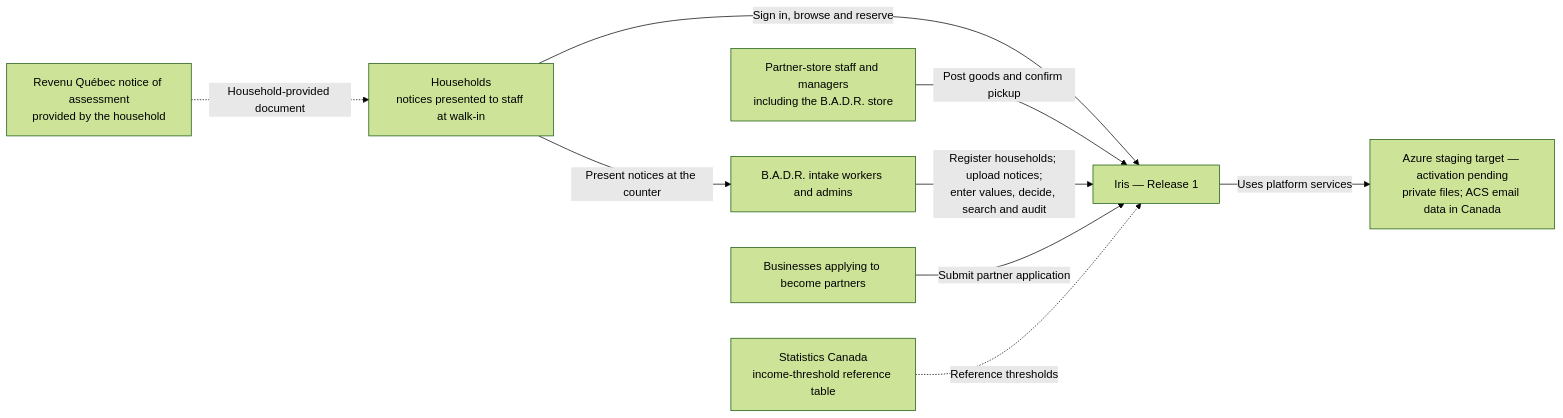
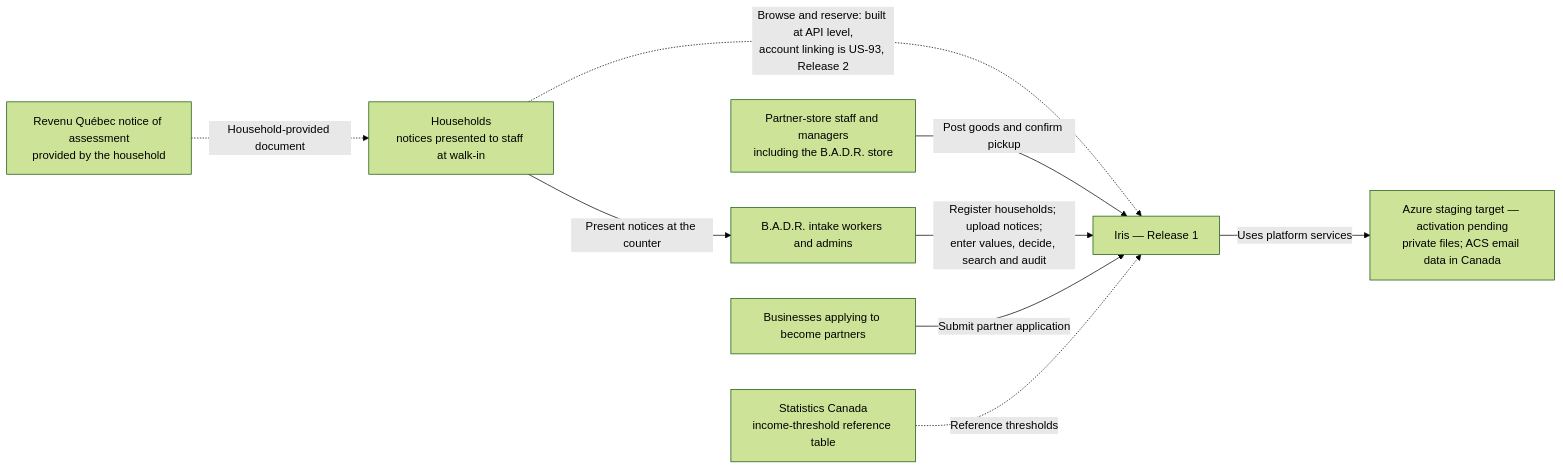
Before and after one commit to B-A-D-R-SL/iris: the first of 5 diagrams in docs/04-architecture/architecture.md, drawn with Mermaid (forest theme). The commit also changed other lines of this file and 8 other files, not shown here.

First line of the commit message:
FIX-32 docs(architecture): refresh the architecture docs to c13fc04

````diff
--- a/docs/04-architecture/architecture.md
+++ b/docs/04-architecture/architecture.md
@@ -335,20 +355,20 @@
 ```mermaid
 flowchart LR
     HH["Households<br/>notices presented to staff at walk-in"]
     ST["Partner-store staff and managers<br/>including the B.A.D.R. store"]
     IW["B.A.D.R. intake workers and admins"]
     B["Businesses applying to become partners"]
     I["Iris — Release 1"]
     RQ["Revenu Québec notice of assessment<br/>provided by the household"]
     SC["Statistics Canada<br/>income-threshold reference table"]
     AZ["Azure staging target — activation pending<br/>private files; ACS email data in Canada"]
 
-    HH -->|"Sign in, browse and reserve"| I
+    HH -. "Browse and reserve: built at API level,<br/>account linking is US-93, Release 2" .-> I
     HH -->|"Present notices at the counter"| IW
     ST -->|"Post goods and confirm pickup"| I
     IW -->|"Register households; upload notices;<br/>enter values, decide, search and audit"| I
     B -->|"Submit partner application"| I
     RQ -. "Household-provided document" .-> HH
     SC -. "Reference thresholds" .-> I
     I -->|"Uses platform services"| AZ
 ```
````
